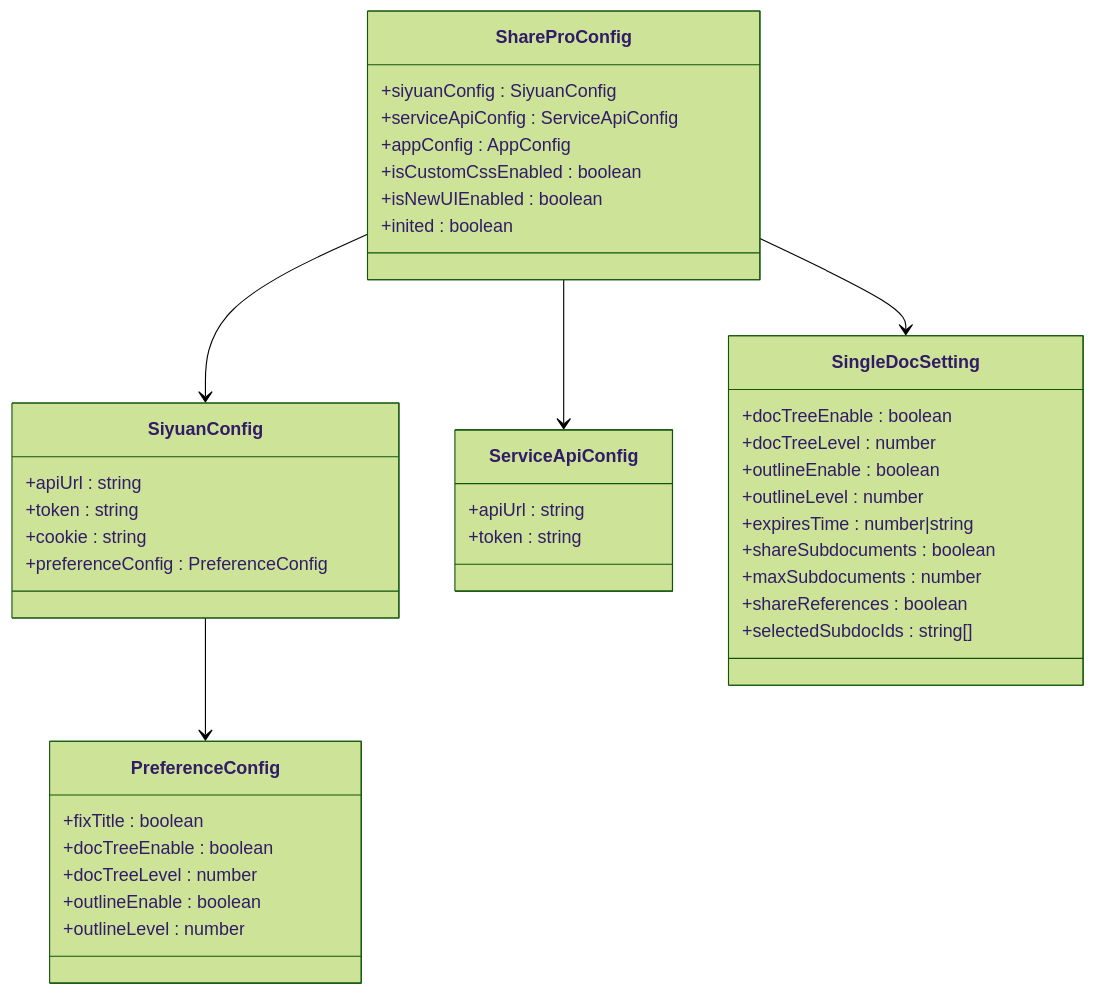
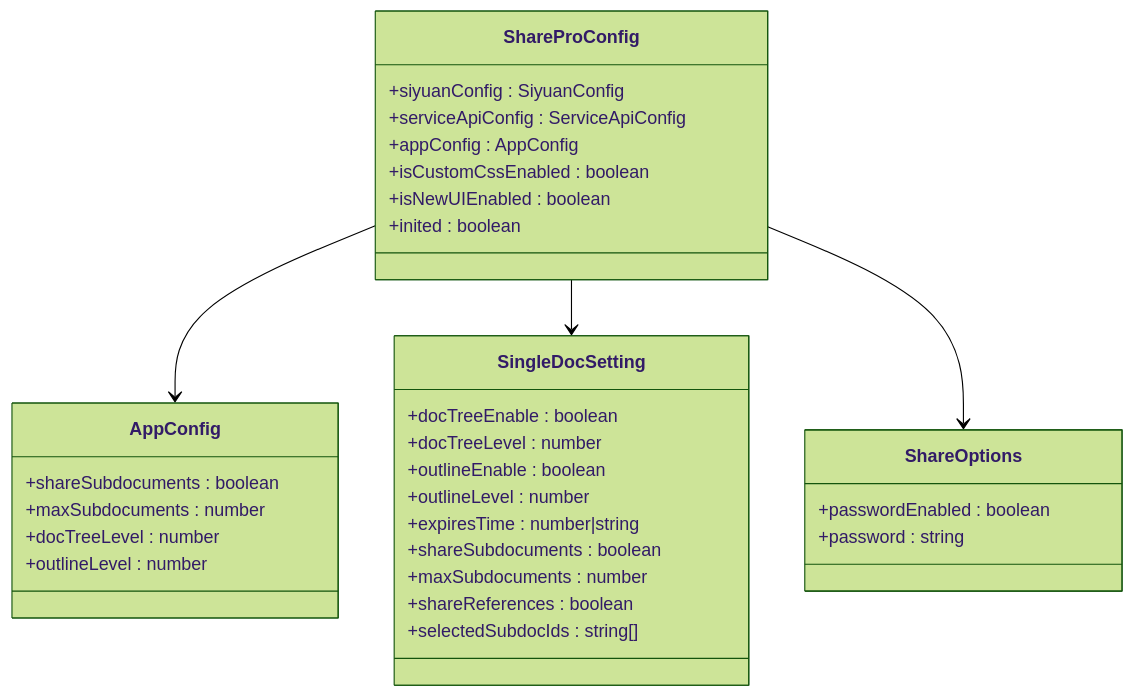
The fifth of 8 diagrams in .qoder/repowiki/zh/content/子文档分享规范.md (terwerinc/siyuan-plugin-share-pro), drawn with Mermaid (forest theme) before and after one commit. The commit also changed other lines of this file and 8 other files, not shown here.

````diff
--- a/.qoder/repowiki/zh/content/子文档分享规范.md
+++ b/.qoder/repowiki/zh/content/子文档分享规范.md
@@ -252,43 +300,35 @@
 ```mermaid
 classDiagram
 class ShareProConfig {
 +siyuanConfig : SiyuanConfig
 +serviceApiConfig : ServiceApiConfig
 +appConfig : AppConfig
 +isCustomCssEnabled : boolean
 +isNewUIEnabled : boolean
 +inited : boolean
 }
-class SiyuanConfig {
-+apiUrl : string
-+token : string
-+cookie : string
-+preferenceConfig : PreferenceConfig
-}
-class PreferenceConfig {
-+fixTitle : boolean
-+docTreeEnable : boolean
+class AppConfig {
++shareSubdocuments : boolean
++maxSubdocuments : number
 +docTreeLevel : number
-+outlineEnable : boolean
 +outlineLevel : number
-}
-class ServiceApiConfig {
-+apiUrl : string
-+token : string
 }
 class SingleDocSetting {
 +docTreeEnable : boolean
 +docTreeLevel : number
 +outlineEnable : boolean
 +outlineLevel : number
 +expiresTime : number|string
 +shareSubdocuments : boolean
 +maxSubdocuments : number
 +shareReferences : boolean
 +selectedSubdocIds : string[]
 }
-ShareProConfig --> SiyuanConfig
-ShareProConfig --> ServiceApiConfig
+class ShareOptions {
++passwordEnabled : boolean
++password : string
+}
+ShareProConfig --> AppConfig
 ShareProConfig --> SingleDocSetting
-SiyuanConfig --> PreferenceConfig
+ShareProConfig --> ShareOptions
 ```
````
